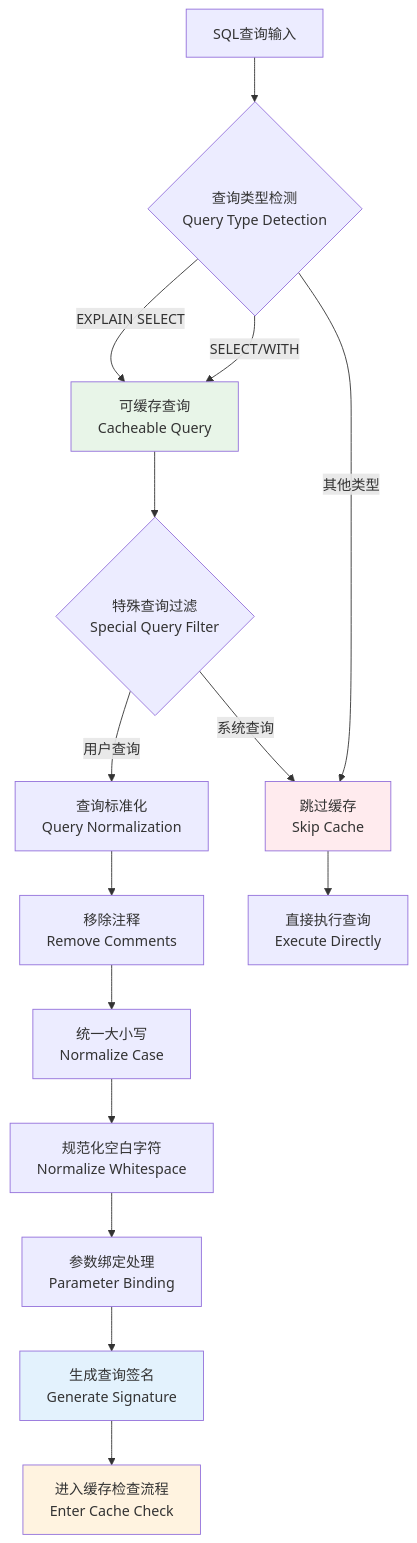
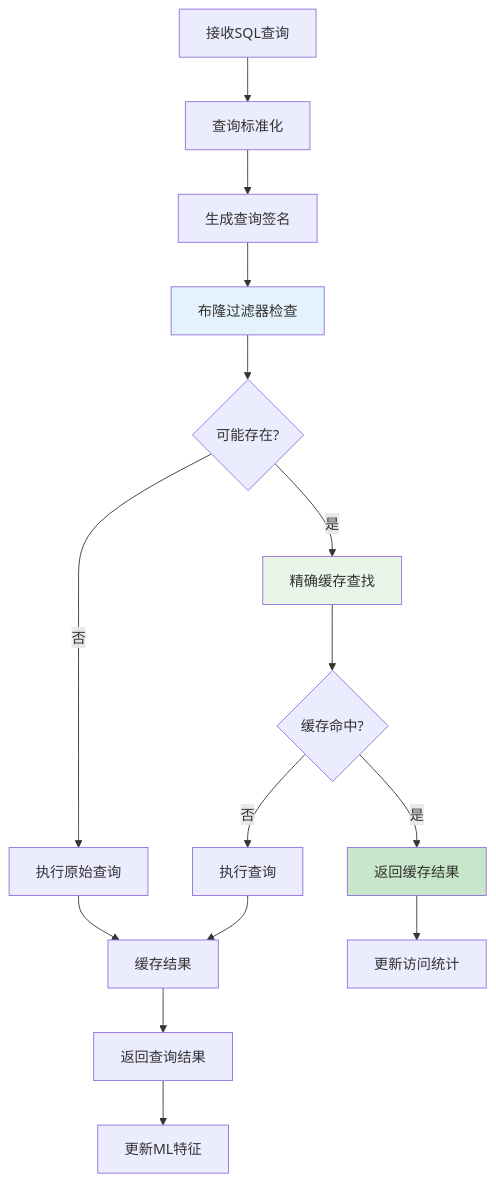
One commit to crazypenguincode/duckdb changed the second of 5 diagrams in md/第三章-动态缓存管理.md. Above: the diagram before and after it, drawn with Mermaid. The commit also changed other lines of this file and 4 other files, not shown here.

````diff
--- a/md/第三章-动态缓存管理.md
+++ b/md/第三章-动态缓存管理.md
@@ -488,26 +277,21 @@
 ```mermaid
 graph TD
-    A[SQL查询输入] --> B{查询类型检测<br/>Query Type Detection}
+    A[接收SQL查询] --> B[查询标准化]
+    B --> C[生成查询签名]
+    C --> D[布隆过滤器检查]
+    D --> E{可能存在?}
+    E --> |否| F[执行原始查询]
+    E --> |是| G[精确缓存查找]
+    G --> H{缓存命中?}
+    H --> |是| I[返回缓存结果]
+    H --> |否| J[执行查询]
+    F --> K[缓存结果]
+    J --> K
+    K --> L[返回查询结果]
+    I --> M[更新访问统计]
+    L --> N[更新ML特征]
     
-    B --> |SELECT/WITH| C[可缓存查询<br/>Cacheable Query]
-    B --> |EXPLAIN SELECT| C
-    B --> |其他类型| D[跳过缓存<br/>Skip Cache]
-    
-    C --> E{特殊查询过滤<br/>Special Query Filter}
-    E --> |系统查询| D
-    E --> |用户查询| F[查询标准化<br/>Query Normalization]
-    
-    F --> G[移除注释<br/>Remove Comments]
-    G --> H[统一大小写<br/>Normalize Case]
-    H --> I[规范化空白字符<br/>Normalize Whitespace]
-    I --> J[参数绑定处理<br/>Parameter Binding]
-    J --> K[生成查询签名<br/>Generate Signature]
-    
-    D --> L[直接执行查询<br/>Execute Directly]
-    K --> M[进入缓存检查流程<br/>Enter Cache Check]
-    
-    style C fill:#e8f5e8
-    style D fill:#ffebee
-    style K fill:#e3f2fd
-    style M fill:#fff3e0
+    style D fill:#e3f2fd
+    style G fill:#e8f5e8
+    style I fill:#c8e6c9
 ```
````
